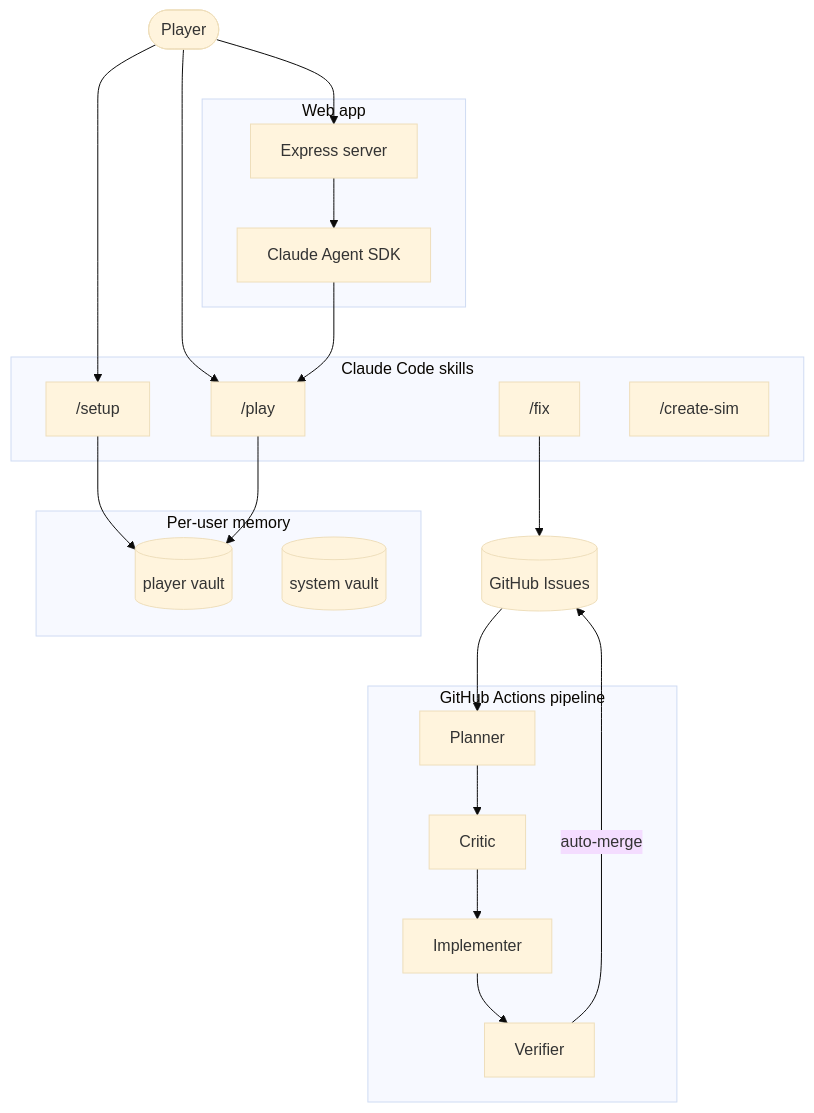
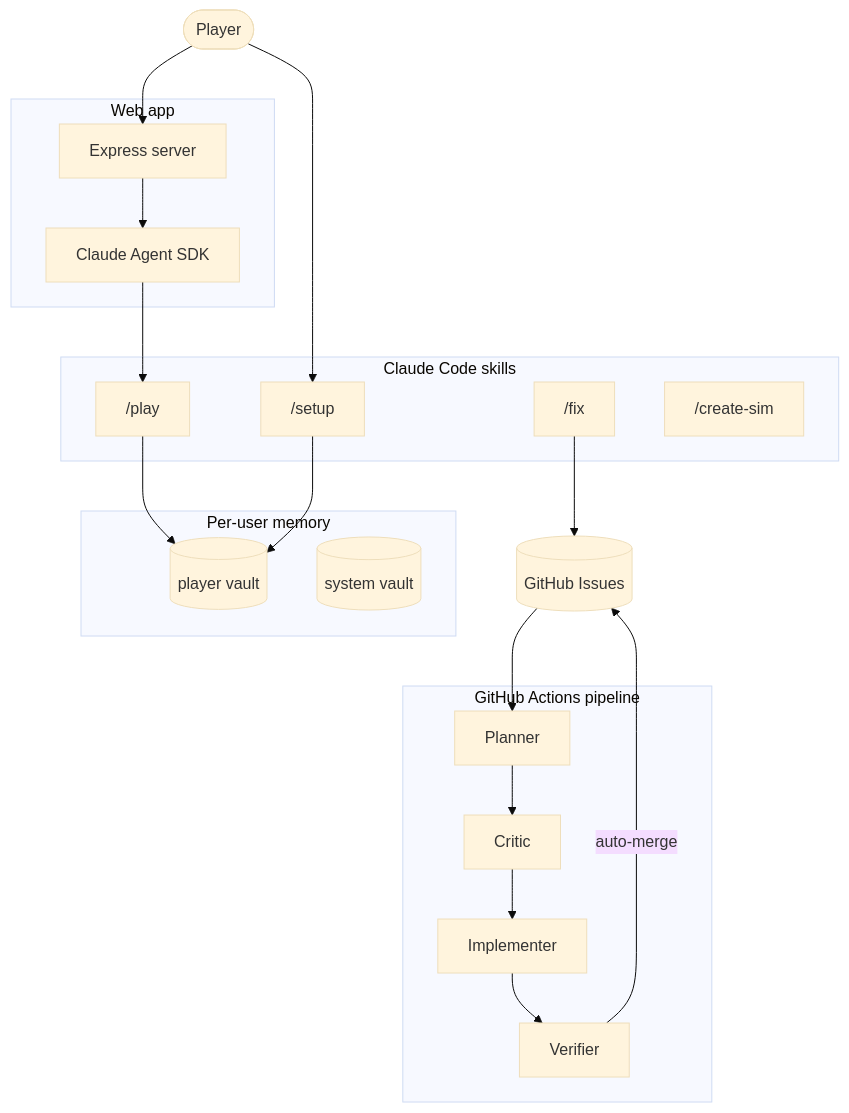
One commit to drashtishah/aws-simulator changed the second of 2 diagrams in README.md. Above: the diagram before and after it, drawn with Mermaid (base theme). The commit also changed 1 other file, not shown here.

Commit message:
fix: remove stop-journal-check from required hooks, fix diagram arrows
hook-permissions.test.ts expected stop-journal-check which was deleted.
Clear the required hooks list. Fix README diagram: player goes to web
app first, web app spawns Claude SDK, SDK invokes /play.

Ref #170

````diff
--- a/README.md
+++ b/README.md
@@ -34,43 +34,42 @@
 ```mermaid
 flowchart TB
   Player([Player])
   Issues[(GitHub Issues)]
 
   subgraph Skills[Claude Code skills]
     Setup["/setup"]
     Play["/play"]
     Fix["/fix"]
     CreateSim["/create-sim"]
   end
 
   subgraph Memory[Per-user memory]
     PlayerVault[(player vault)]
     SystemVault[(system vault)]
   end
 
   subgraph Web[Web app]
     Express[Express server]
     Claude[Claude Agent SDK]
   end
 
   subgraph Pipeline[GitHub Actions pipeline]
     Planner[Planner]
     Critic[Critic]
     Implementer[Implementer]
     Verifier[Verifier]
   end
 
+  Player --> Express
   Player --> Setup
-  Player --> Play
-  Player --> Express
   Express --> Claude
   Claude --> Play
+  Play --> PlayerVault
   Setup --> PlayerVault
-  Play --> PlayerVault
   Fix --> Issues
   Issues --> Planner
   Planner --> Critic
   Critic --> Implementer
   Implementer --> Verifier
   Verifier -->|auto-merge| Issues
 ```
````
